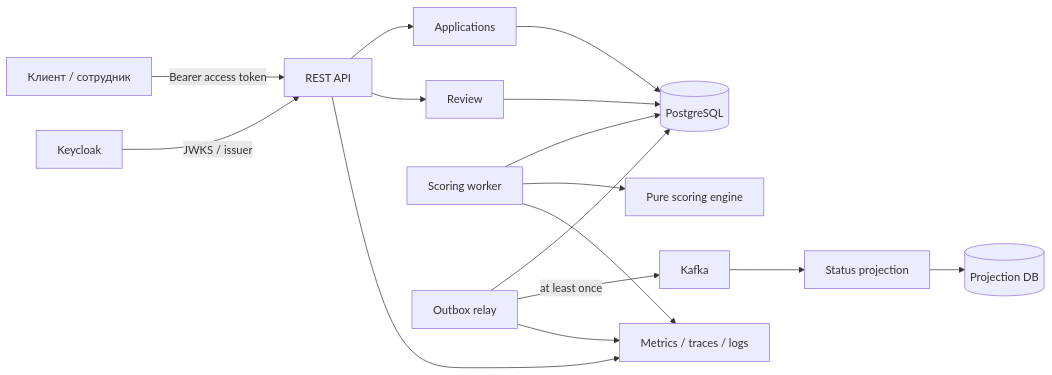
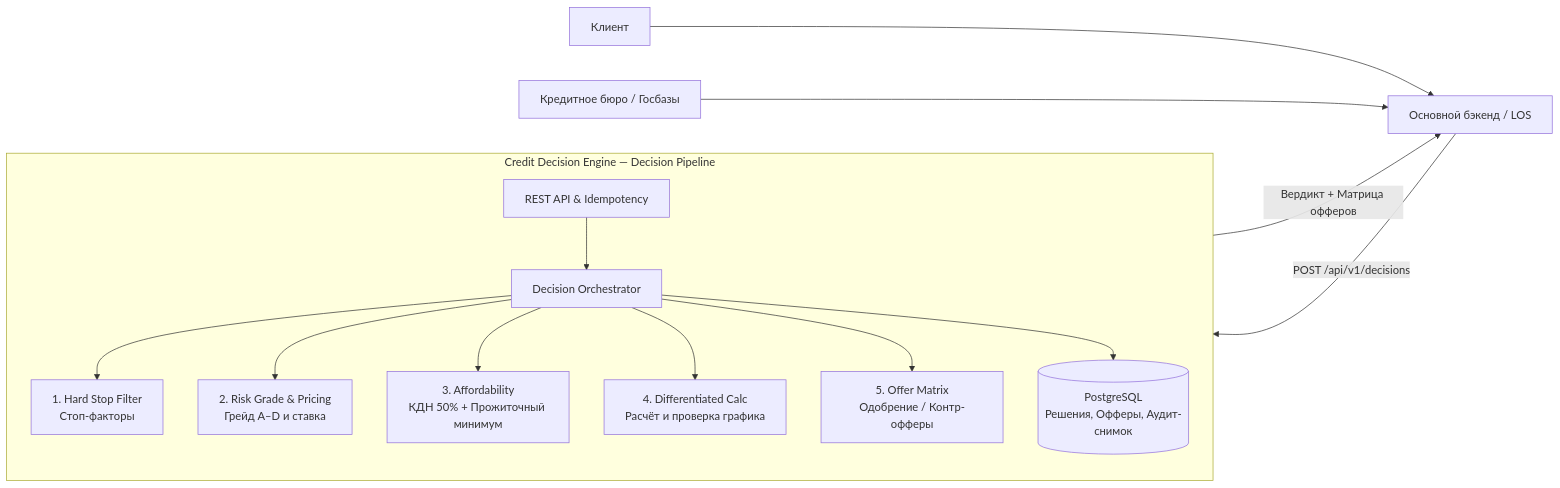
The diagram in docs/design.md (HubertFisher/credit-decision-platform), drawn with Mermaid before and after one commit. The commit also changed other lines of this file and 2 other files, not shown here.

Commit message:
feat: return scoring results with policy version and rule breakdown

````diff
--- a/docs/design.md
+++ b/docs/design.md
@@ -73,18 +23,16 @@
 ```mermaid
 flowchart LR
-  C[Клиент / сотрудник] -->|Bearer access token| API[REST API]
-  K[Keycloak] -->|JWKS / issuer| API
-  API --> A[Applications]
-  API --> R[Review]
-  A --> DB[(PostgreSQL)]
-  R --> DB
-  W[Scoring worker] --> DB
-  W --> S[Pure scoring engine]
-  O[Outbox relay] --> DB
-  O -->|at least once| Q[Kafka]
-  Q --> P[Status projection]
-  P --> PD[(Projection DB)]
-  API --> M[Metrics / traces / logs]
-  W --> M
-  O --> M
+  Client[Клиент] --> LOS[Основной бэкенд / LOS]
+  BKI[Кредитное бюро / Госбазы] --> LOS
+  LOS -->|POST /api/v1/decisions| CDE[Credit Decision Engine]
+  subgraph CDE [Credit Decision Engine — Decision Pipeline]
+    API[REST API & Idempotency] --> Orchestrator[Decision Orchestrator]
+    Orchestrator --> S1[1. Hard Stop Filter\nСтоп-факторы]
+    Orchestrator --> S2[2. Risk Grade & Pricing\nГрейд A–D и ставка]
+    Orchestrator --> S3[3. Affordability\nКДН 50% + Прожиточный минимум]
+    Orchestrator --> S4[4. Differentiated Calc\nРасчёт и проверка графика]
+    Orchestrator --> S5[5. Offer Matrix\nОдобрение / Контр-офферы]
+    Orchestrator --> DB[(PostgreSQL\nРешения, Офферы, Аудит-снимок)]
+  end
+  CDE -->|Вердикт + Матрица офферов| LOS
 ```
````
